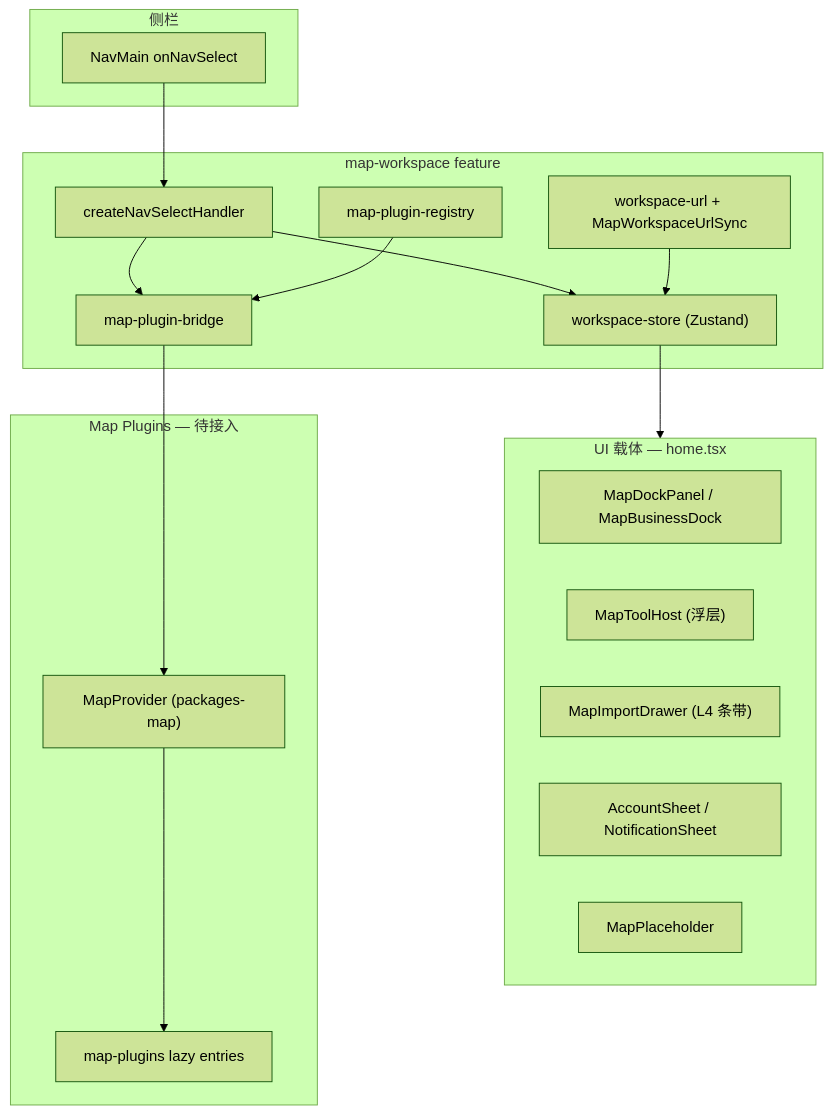
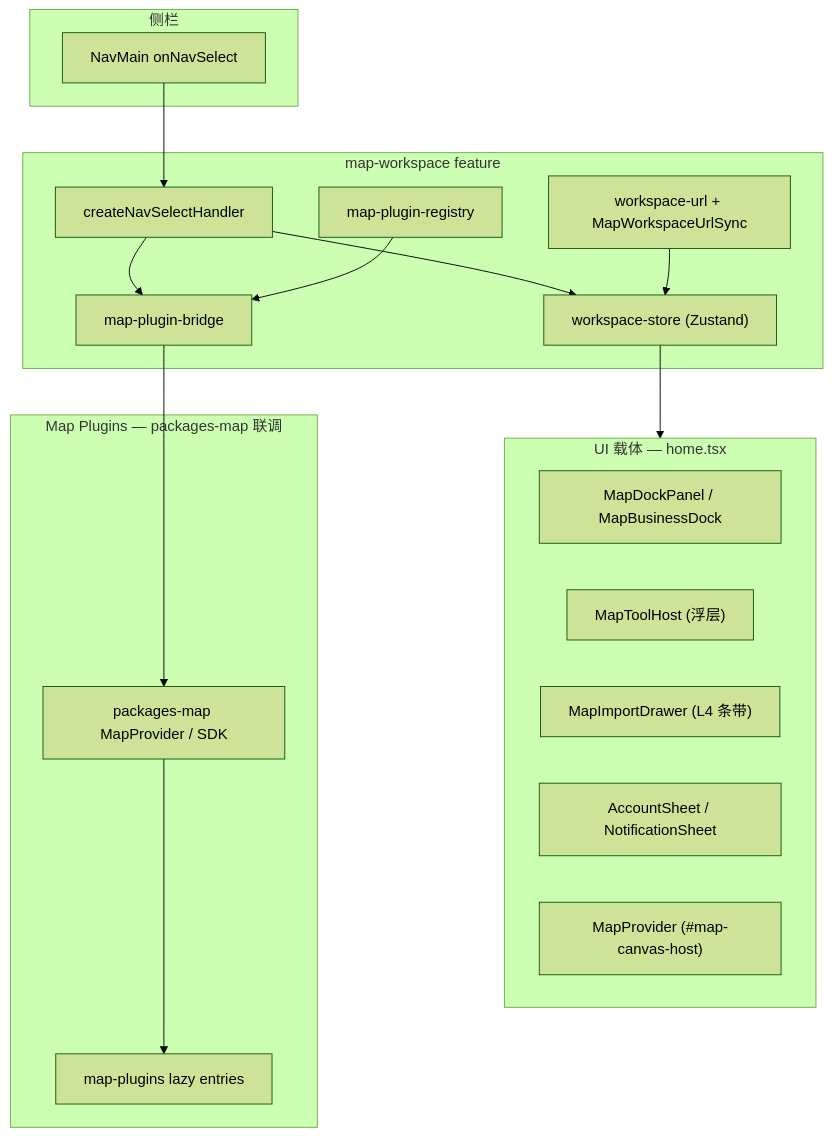
One commit to dujiaoai/map-design changed the diagram in docs/architecture/map-plugin-integration.md. Above: the diagram before and after it, drawn with Mermaid (forest theme). The commit also changed other lines of this file and 1 other file, not shown here.

First line of the commit message:
docs(map-workspace): 同步 Phase C 宿主壳与 packages-map 联调说明

````diff
--- a/docs/architecture/map-plugin-integration.md
+++ b/docs/architecture/map-plugin-integration.md
@@ -16,35 +16,35 @@
 ```mermaid
 flowchart TB
   subgraph sidebar [侧栏]
     NavMain["NavMain onNavSelect"]
   end
 
   subgraph workspace [map-workspace feature]
     Handler["createNavSelectHandler"]
     Store["workspace-store (Zustand)"]
     UrlSync["workspace-url + MapWorkspaceUrlSync"]
     Bridge["map-plugin-bridge"]
     Registry["map-plugin-registry"]
   end
 
   subgraph ui [UI 载体 — home.tsx]
     Dock["MapDockPanel / MapBusinessDock"]
     Host["MapToolHost (浮层)"]
     Drawer["MapImportDrawer (L4 条带)"]
     Vaul["AccountSheet / NotificationSheet"]
-    Canvas["MapPlaceholder"]
+    Canvas["MapProvider (#map-canvas-host)"]
   end
 
-  subgraph plugins [Map Plugins — 待接入]
-    MapProvider["MapProvider (packages-map)"]
+  subgraph plugins [Map Plugins — packages-map 联调]
+    SdkMap["packages-map MapProvider / SDK"]
     ToolPlugins["map-plugins lazy entries"]
   end
 
   NavMain --> Handler --> Store
   Store --> ui
   Handler --> Bridge
-  Bridge --> MapProvider
-  MapProvider --> ToolPlugins
+  Bridge --> SdkMap
+  SdkMap --> ToolPlugins
   UrlSync --> Store
   Registry --> Bridge
 ```
````
